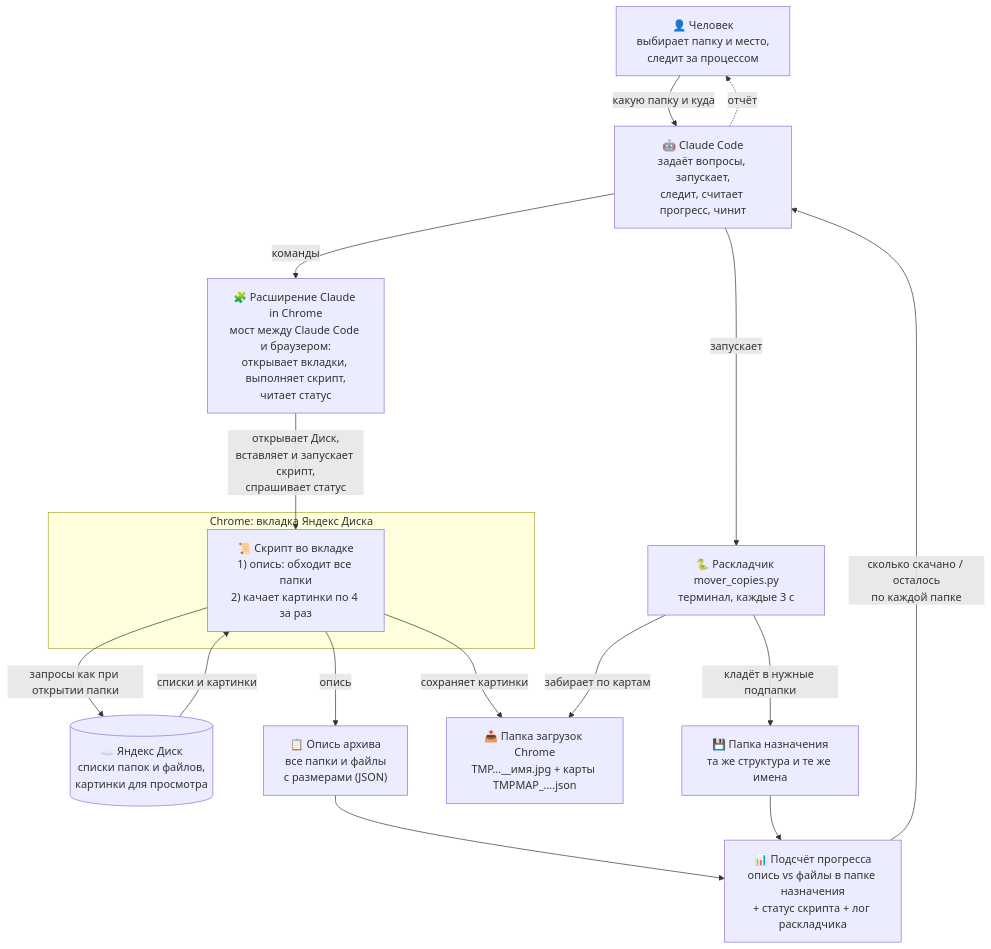
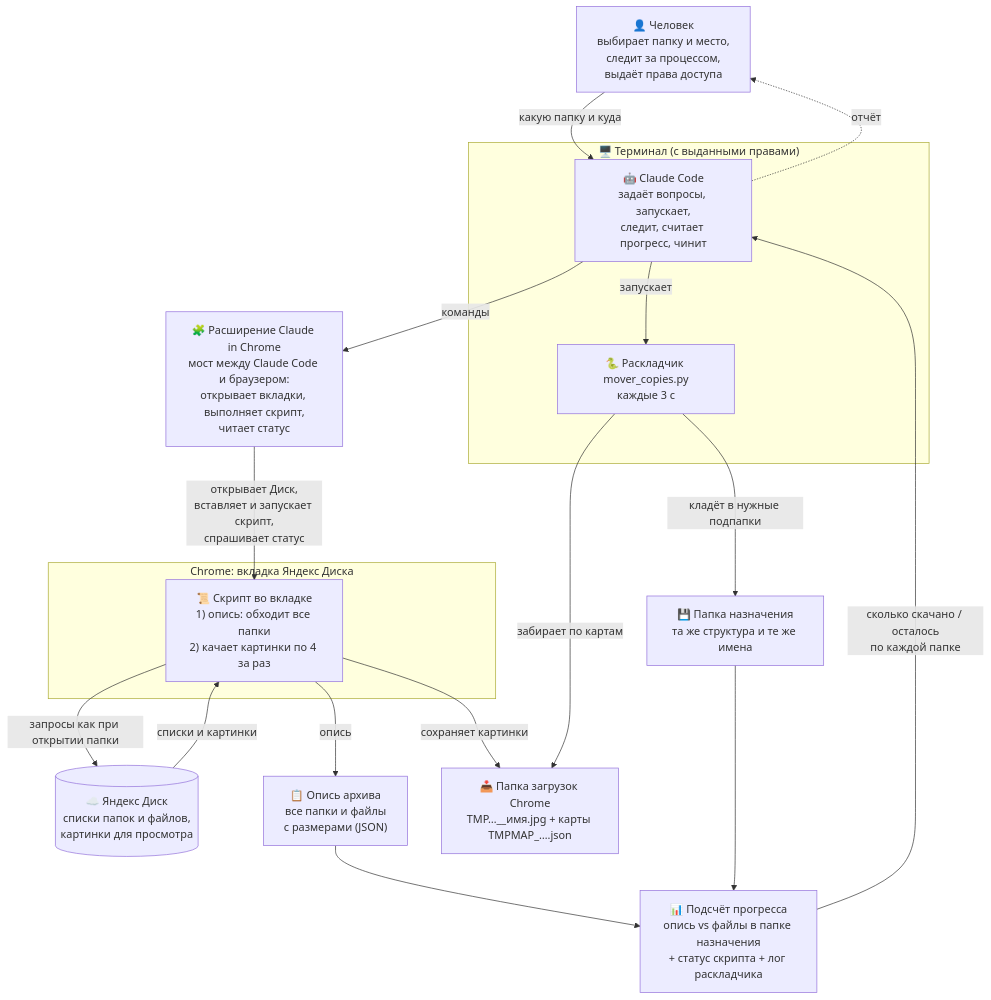
The diagram in README.md (kochenevsky/yandex-disk-export), drawn with Mermaid before and after one commit. The commit also changed other lines of this file and 1 other file, not shown here.

Commit message:
Terminal and permissions section; terminal in diagram

````diff
--- a/README.md
+++ b/README.md
@@ -19,30 +19,32 @@
 ```mermaid
 flowchart TD
-    U["👤 Человек<br/>выбирает папку и место,<br/>следит за процессом"]
-    C["🤖 Claude Code<br/>задаёт вопросы, запускает,<br/>следит, считает прогресс, чинит"]
+    U["👤 Человек<br/>выбирает папку и место,<br/>следит за процессом,<br/>выдаёт права доступа"]
+    subgraph T["🖥️ Терминал (с выданными правами)"]
+        C["🤖 Claude Code<br/>задаёт вопросы, запускает,<br/>следит, считает прогресс, чинит"]
+        M["🐍 Раскладчик mover_copies.py<br/>каждые 3 с"]
+    end
     E["🧩 Расширение Claude in Chrome<br/>мост между Claude Code и браузером:<br/>открывает вкладки, выполняет скрипт,<br/>читает статус"]
     subgraph CH["Chrome: вкладка Яндекс Диска"]
         S["📜 Скрипт во вкладке<br/>1) опись: обходит все папки<br/>2) качает картинки по 4 за раз"]
     end
     Y[("☁️ Яндекс Диск<br/>списки папок и файлов,<br/>картинки для просмотра")]
     MF["📋 Опись архива<br/>все папки и файлы<br/>с размерами (JSON)"]
     IN["📥 Папка загрузок Chrome<br/>TMP…__имя.jpg + карты TMPMAP_….json"]
-    M["🐍 Раскладчик mover_copies.py<br/>терминал, каждые 3 с"]
     D["💾 Папка назначения<br/>та же структура и те же имена"]
     P["📊 Подсчёт прогресса<br/>опись vs файлы в папке назначения<br/>+ статус скрипта + лог раскладчика"]
 
     U -- "какую папку и куда" --> C
     C -- "команды" --> E
     E -- "открывает Диск,<br/>вставляет и запускает скрипт,<br/>спрашивает статус" --> S
     S -- "запросы как при открытии папки" --> Y
     Y -- "списки и картинки" --> S
     S -- "опись" --> MF
     S -- "сохраняет картинки" --> IN
     C -- "запускает" --> M
     M -- "забирает по картам" --> IN
     M -- "кладёт в нужные подпапки" --> D
     MF --> P
     D --> P
     P -- "сколько скачано / осталось<br/>по каждой папке" --> C
     C -. "отчёт" .-> U
 ```
````
